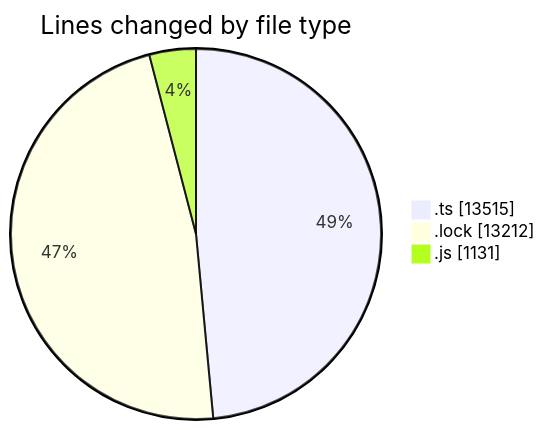
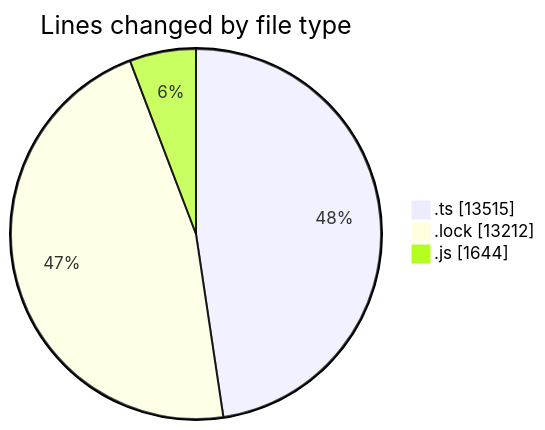
One commit to momahboobian/code-tracking changed the first of 2 diagrams in 2025-05-16/cda/README.md. Above: the diagram before and after it, drawn with Mermaid. The commit also changed other lines of this file and 1 other file, not shown here.

````diff
--- a/2025-05-16/cda/README.md
+++ b/2025-05-16/cda/README.md
@@ -28,7 +29,7 @@
 ```mermaid
 pie showData
 title Lines changed by file type
 ".ts" : 13515
 ".lock" : 13212
-".js" : 1131
+".js" : 1644
 ```
````
